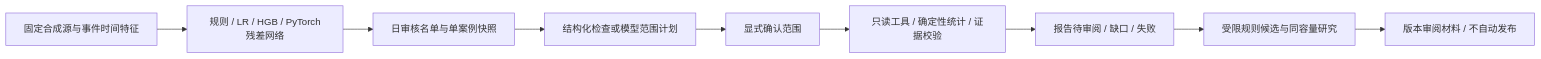
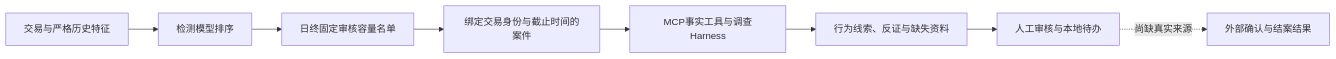
One commit to wwc76934-cyber/riskcase-agent changed the diagram in README.md. Above: the diagram before and after it, drawn with Mermaid. The commit also changed other lines of this file and 27 other files, not shown here.

````diff
--- a/README.md
+++ b/README.md
@@ -73,11 +7,10 @@
 ```mermaid
 flowchart LR
-  A[固定合成源与事件时间特征] --> B[规则 / LR / HGB / PyTorch残差网络]
-  B --> C[日审核名单与单案例快照]
-  C --> D[结构化检查或模型范围计划]
-  D --> E[显式确认范围]
-  E --> F[只读工具 / 确定性统计 / 证据校验]
-  F --> G[报告待审阅 / 缺口 / 失败]
-  G --> H[受限规则候选与同容量研究]
-  H --> I[版本审阅材料 / 不自动发布]
+  A[交易与严格历史特征] --> B[检测模型排序]
+  B --> C[日终固定审核容量名单]
+  C --> D[绑定交易身份与截止时间的案件]
+  D --> E[MCP事实工具与调查Harness]
+  E --> F[行为线索、反证与缺失资料]
+  F --> G[人工审核与本地待办]
+  G -.尚缺真实来源.-> H[外部确认与结案结果]
 ```
````
